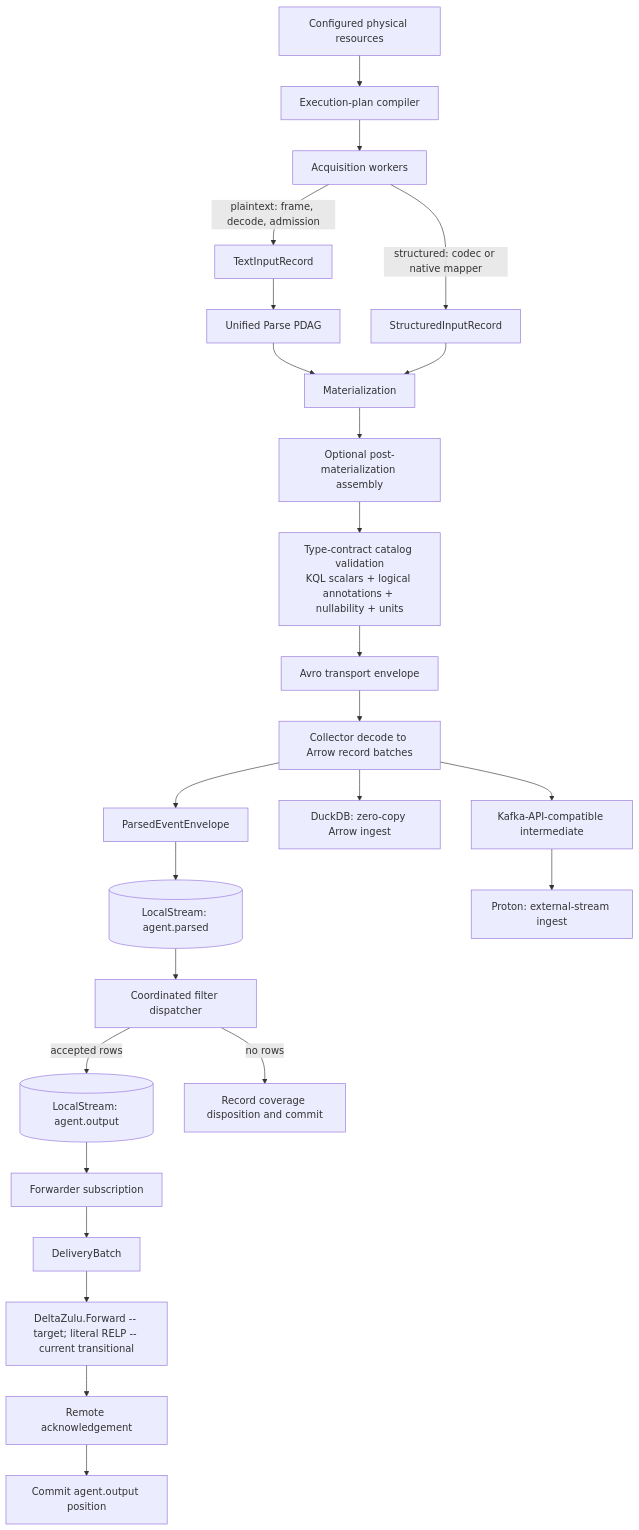
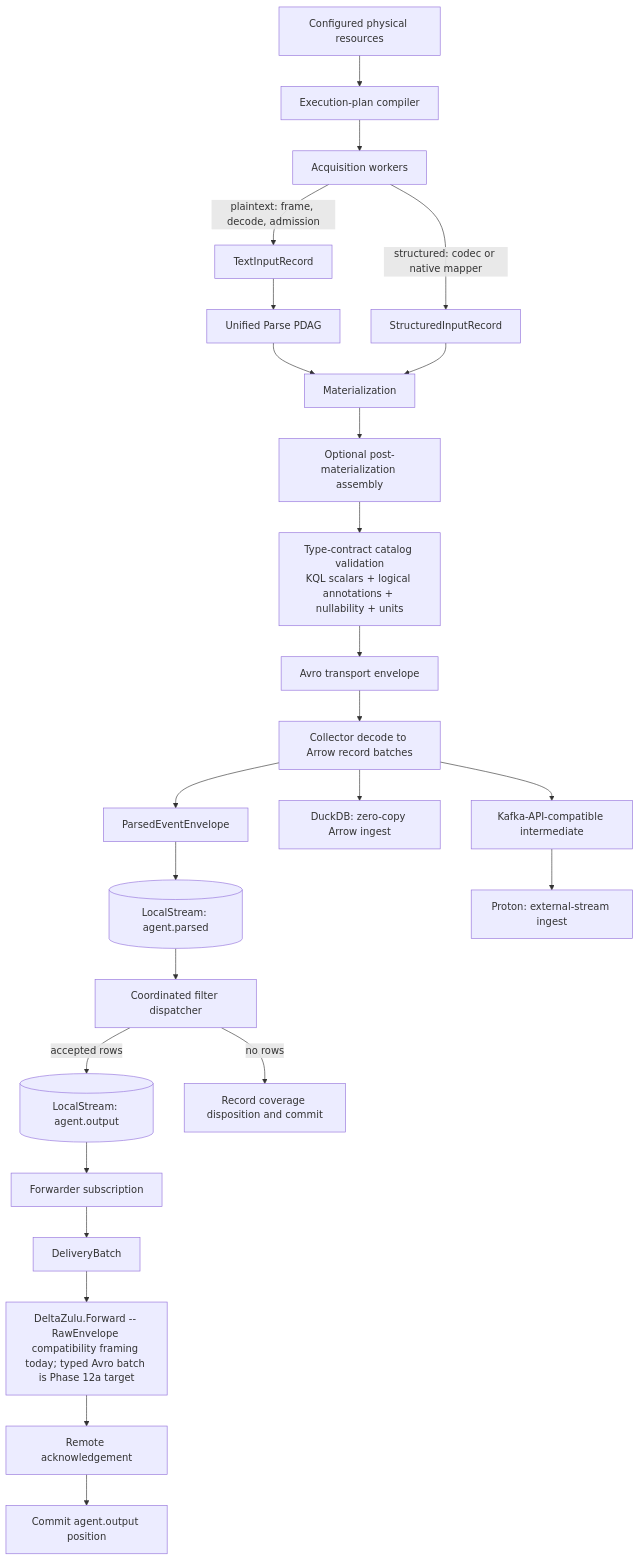
Before and after one commit to DeltaZulu-OU/DeltaZulu.Agent: the diagram in docs/ARCHITECTURE.md, drawn with Mermaid. The commit also changed other lines of this file and 5 other files, not shown here.

First line of the commit message:
Remove RELP receiver setup doc; stop describing literal RELP as implemented

````diff
--- a/docs/ARCHITECTURE.md
+++ b/docs/ARCHITECTURE.md
@@ -48,28 +49,28 @@
 ```mermaid
 flowchart TD
     R[Configured physical resources] --> P[Execution-plan compiler]
     P --> A[Acquisition workers]
     A -->|plaintext: frame, decode, admission| T[TextInputRecord]
     A -->|structured: codec or native mapper| S[StructuredInputRecord]
     T --> N[Unified Parse PDAG]
     N --> M[Materialization]
     S --> M
     M --> AS[Optional post-materialization assembly]
     AS --> SC[Type-contract catalog validation
 KQL scalars + logical annotations + nullability + units]
     SC --> AV[Avro transport envelope]
     AV --> AR[Collector decode to Arrow record batches]
     AR --> PE[ParsedEventEnvelope]
     PE --> PS[(LocalStream: agent.parsed)]
     PS --> FD[Coordinated filter dispatcher]
     FD -->|accepted rows| OS[(LocalStream: agent.output)]
     FD -->|no rows| D[Record coverage disposition and commit]
     OS --> RF[Forwarder subscription]
     RF --> B[DeliveryBatch]
-    B --> FWD[DeltaZulu.Forward -- target; literal RELP -- current transitional]
+    B --> FWD[DeltaZulu.Forward -- RawEnvelope compatibility framing today; typed Avro batch is Phase 12a target]
     FWD --> ACK[Remote acknowledgement]
     ACK --> C[Commit agent.output position]
     AR --> DDB[DuckDB: zero-copy Arrow ingest]
     AR --> KI[Kafka-API-compatible intermediate]
     KI --> PROTON[Proton: external-stream ingest]
 ```
````
